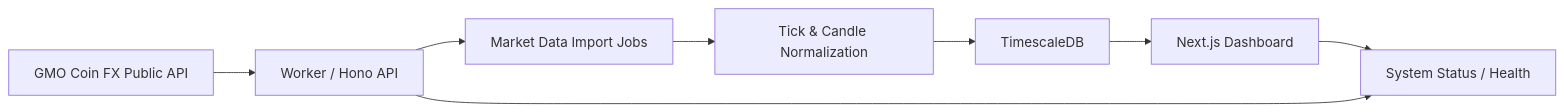
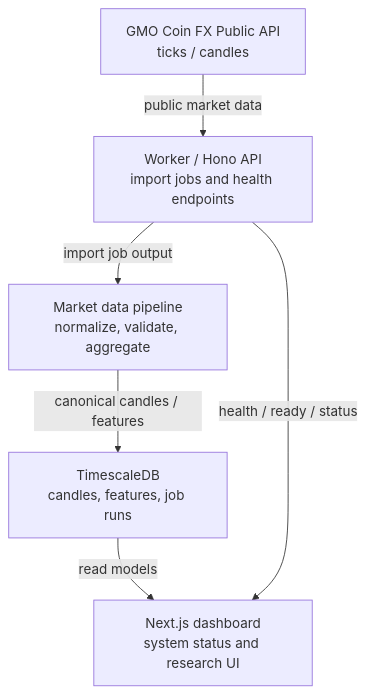
One commit to hisuzuya/ai-trader-for-gmo-coin-fx changed the diagram in README.md. Above: the diagram before and after it, drawn with Mermaid.

Commit message:
Simplify README architecture diagram

````diff
--- a/README.md
+++ b/README.md
@@ -24,10 +24,14 @@
 ```mermaid
-flowchart LR
-  GMO["GMO Coin FX Public API"] --> Worker["Worker / Hono API"]
-  Worker --> Jobs["Market Data Import Jobs"]
-  Jobs --> Normalize["Tick & Candle Normalization"]
-  Normalize --> DB["TimescaleDB"]
-  DB --> Dashboard["Next.js Dashboard"]
-  Dashboard --> Status["System Status / Health"]
-  Worker --> Status
+flowchart TD
+  GMO["GMO Coin FX Public API<br/>ticks / candles"]
+  Worker["Worker / Hono API<br/>import jobs and health endpoints"]
+  Normalize["Market data pipeline<br/>normalize, validate, aggregate"]
+  DB["TimescaleDB<br/>candles, features, job runs"]
+  Dashboard["Next.js dashboard<br/>system status and research UI"]
+
+  GMO -->|"public market data"| Worker
+  Worker -->|"import job output"| Normalize
+  Normalize -->|"canonical candles / features"| DB
+  DB -->|"read models"| Dashboard
+  Worker -->|"health / ready / status"| Dashboard
 ```
````
